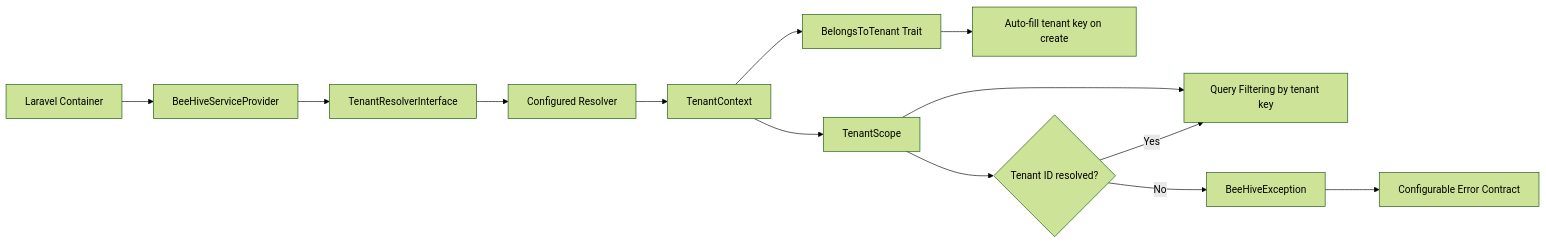
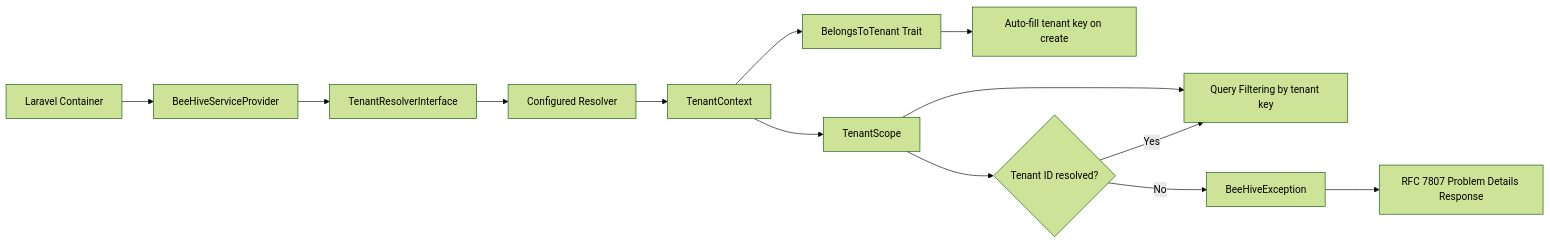
The diagram in README.md (EquidnaMX/bee-hive), drawn with Mermaid (forest theme) before and after one commit. The commit also changed other lines of this file and 7 other files, not shown here.

````diff
--- a/README.md
+++ b/README.md
@@ -15,18 +15,18 @@
 ```mermaid
 flowchart LR
 	A[Laravel Container] --> B[BeeHiveServiceProvider]
 	B --> C[TenantResolverInterface]
 	C --> D[Configured Resolver]
 	D --> E[TenantContext]
 
 	E --> F[TenantScope]
 	E --> G[BelongsToTenant Trait]
 
 	F --> H[Query Filtering by tenant key]
 	G --> I[Auto-fill tenant key on create]
 
 	F --> J{Tenant ID resolved?}
 	J -->|Yes| H
 	J -->|No| L[BeeHiveException]
-	L --> M[Configurable Error Contract]
+	L --> M[RFC 7807 Problem Details Response]
 ```
````
